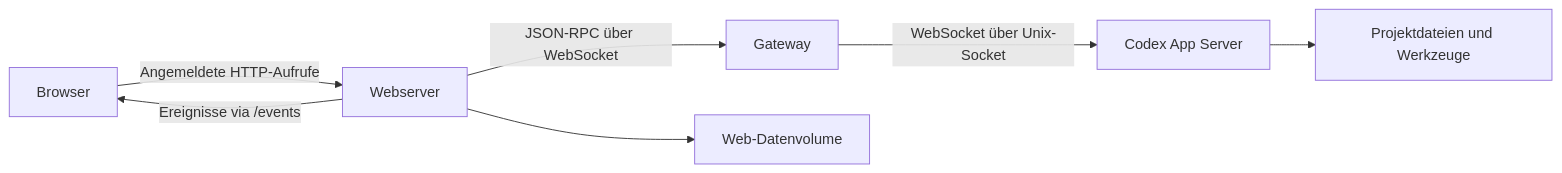
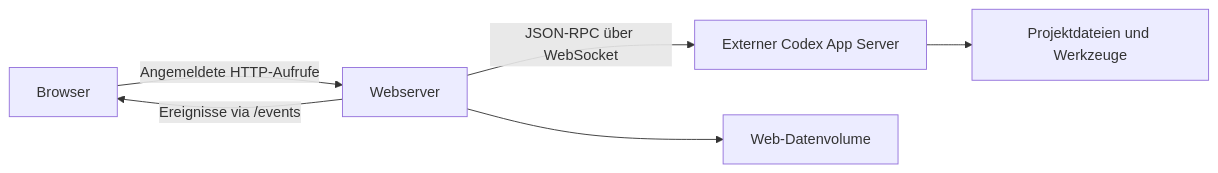
One commit to Tweak90/codex-viewport changed the diagram in docs/wiki/Architektur.md. Above: the diagram before and after it, drawn with Mermaid. The commit also changed other lines of this file and 69 other files, not shown here.

````diff
--- a/docs/wiki/Architektur.md
+++ b/docs/wiki/Architektur.md
@@ -7,9 +7,8 @@
 ```mermaid
 flowchart LR
     B[Browser] -->|Angemeldete HTTP-Aufrufe| W[Webserver]
     W -->|Ereignisse via /events| B
-    W -->|JSON-RPC über WebSocket| G[Gateway]
-    G -->|WebSocket über Unix-Socket| C[Codex App Server]
+    W -->|JSON-RPC über WebSocket| C[Externer Codex App Server]
     C --> F[Projektdateien und Werkzeuge]
     W --> D[Web-Datenvolume]
 ```
````
